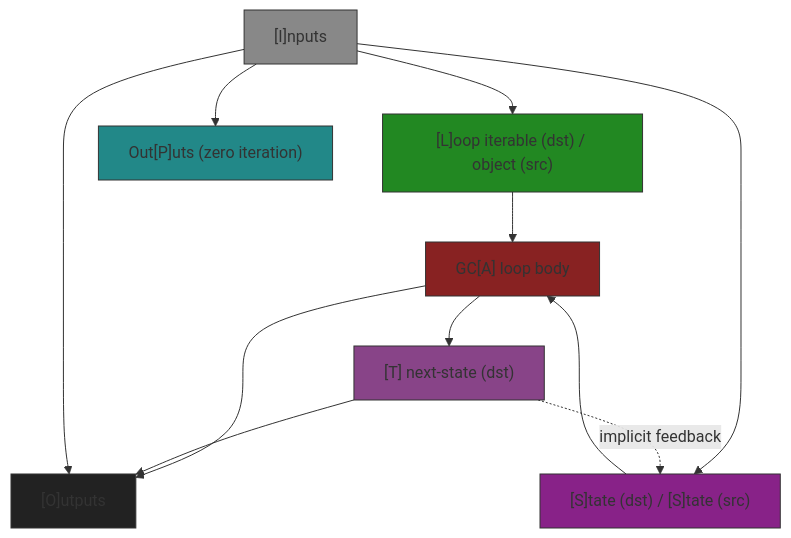
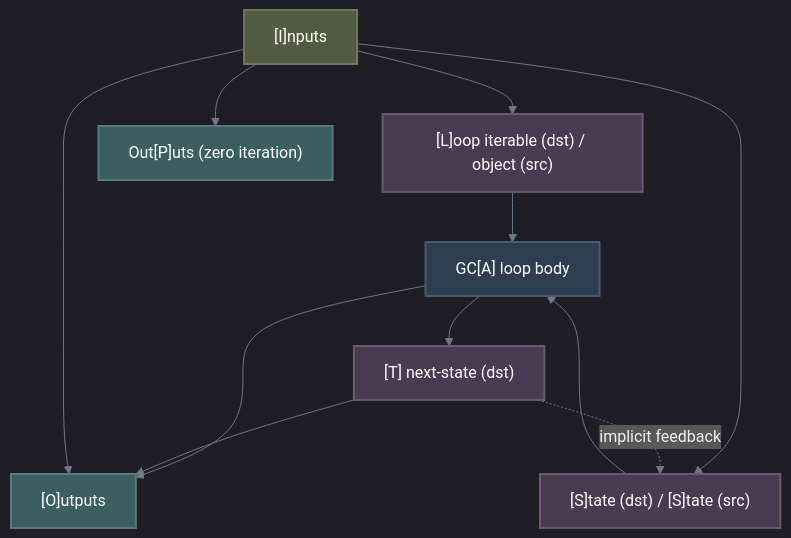
One commit to Shapedsundew9/erasmus-gp changed the third of 7 diagrams in docs/components/core/genetic_code/graph.md. Above: the diagram before and after it, drawn with Mermaid. The commit also changed other lines of this file and 21 other files, not shown here.

First line of the commit message:
Enhance Mermaid Diagrams and Color Consistency Across Documentation

````diff
--- a/docs/components/core/genetic_code/graph.md
+++ b/docs/components/core/genetic_code/graph.md
@@ -184,37 +172,29 @@
 ```mermaid
-%% For-Loop GC
+%%{init: { 'theme': 'dark', 'themeVariables': { 'lineColor': '#6c7a89', 'textColor': '#edf2f4', 'mainBkg': '#2b2d42', 'primaryBorderColor': '#4a4e69' }}}%%
 flowchart TB
-    I["[I]nputs"]
-    L["[L]oop iterable (dst) / object (src)"]
-    S["[S]tate (dst) / [S]tate (src)"]
-    T["[T] next-state (dst)"]
-    A["GC[A] loop body"]
-    O["[O]utputs"]
-    P["Out[P]uts (zero iteration)"]
+    %% Base/Default (Dark Slate)
+    classDef default fill:#2b2d42,stroke:#4a4e69,stroke-width:2px,color:#edf2f4
+    classDef dataTeal fill:#3b5e60,stroke:#5b7a7c,stroke-width:2px,color:#ffffff
+    classDef dataGold fill:#6e6246,stroke:#8f8160,stroke-width:2px,color:#ffffff
+    classDef dataOlive fill:#525c42,stroke:#6f7a5d,stroke-width:2px,color:#ffffff
+    classDef dataNavy fill:#2c3e50,stroke:#4a5c6e,stroke-width:2px,color:#ffffff
+    classDef dataPlum fill:#4a3b52,stroke:#685b70,stroke-width:2px,color:#ffffff
+
+    I["[I]nputs"]:::dataOlive
+    L["[L]oop iterable (dst) / object (src)"]:::dataPlum
+    S["[S]tate (dst) / [S]tate (src)"]:::dataPlum
+    T["[T] next-state (dst)"]:::dataPlum
+    A["GC[A] loop body"]:::dataNavy
+    O["[O]utputs"]:::dataTeal
+    P["Out[P]uts (zero iteration)"]:::dataTeal
     I --> L
     I --> S
     L --> A
     S --> A
     A --> T
     A --> O
     T --> O
     T -.->|implicit feedback| S
     I --> O
     I --> P
-    
-classDef Icd fill:#888888,stroke:#333,stroke-width:1px
-classDef Lcd fill:#228822,stroke:#333,stroke-width:1px
-classDef Scd fill:#882288,stroke:#333,stroke-width:1px
-classDef Tcd fill:#884488,stroke:#333,stroke-width:1px
-classDef Acd fill:#882222,stroke:#333,stroke-width:1px
-classDef Ocd fill:#222222,stroke:#333,stroke-width:1px
-classDef Pcd fill:#228888,stroke:#333,stroke-width:1px
-
-class I Icd
-class L Lcd
-class S Scd
-class T Tcd
-class A Acd
-class O Ocd
-class P Pcd
 ```
````
